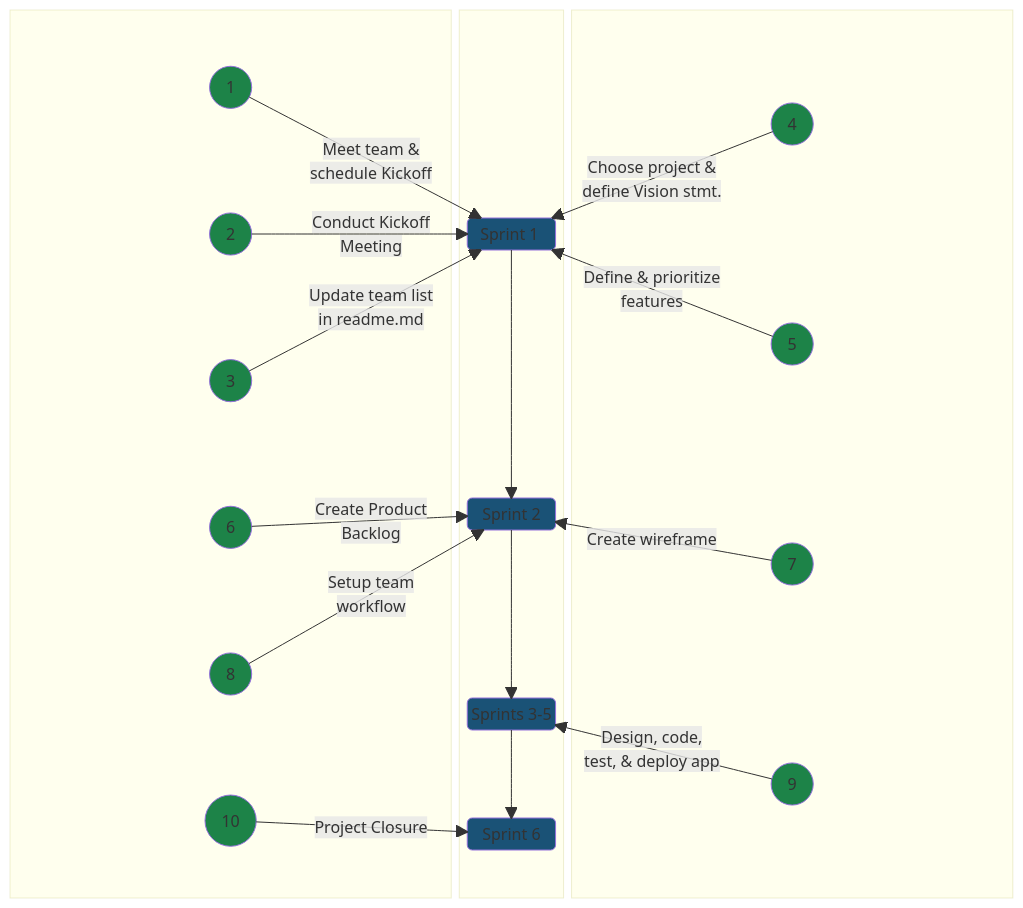
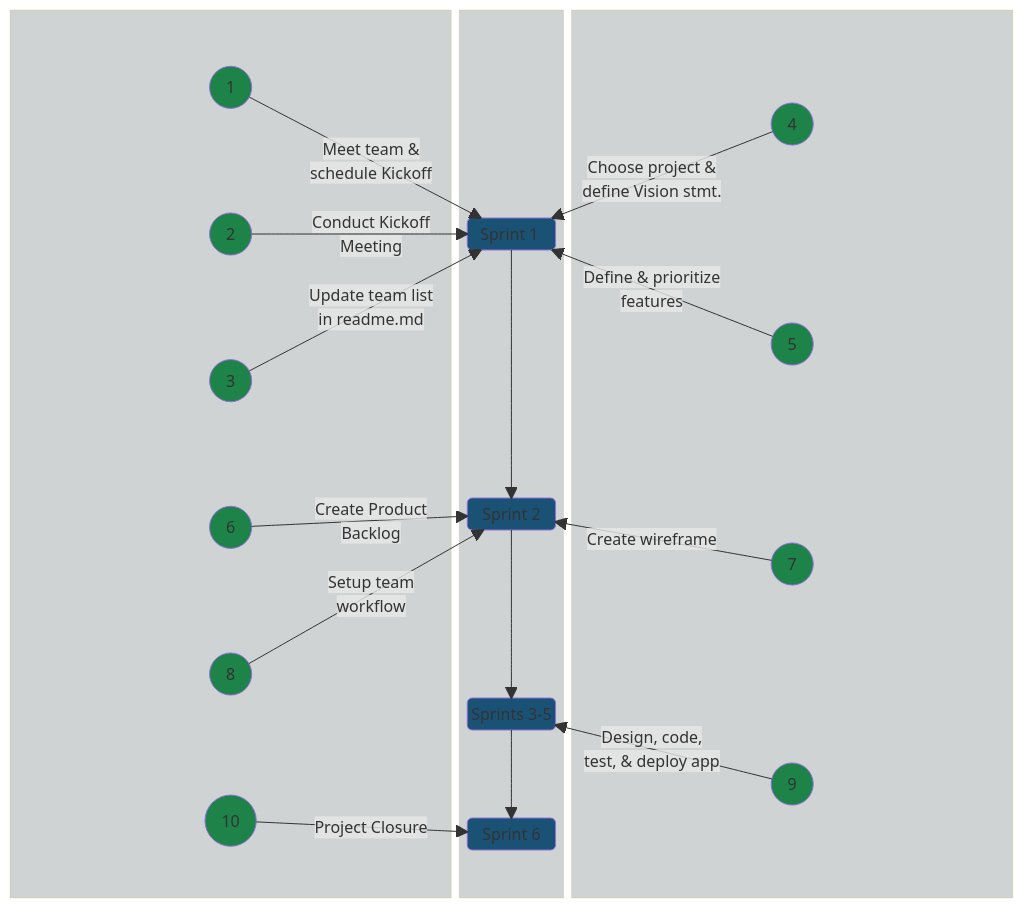
One commit to jdmedlock/mermaid_testing changed the diagram in README.md. Above: the diagram before and after it, drawn with Mermaid.

Commit message:
Feature: Recreate linear sprint diagram

````diff
--- a/README.md
+++ b/README.md
@@ -4,77 +4,80 @@
 ```mermaid
   block-beta
     columns 9
     block:LEFT:4
       columns 1
       A1(("&nbsp;&nbsp; 1 &nbsp;&nbsp;"))
       A2(("&nbsp;&nbsp; 2 &nbsp;&nbsp;"))
       A3(("&nbsp;&nbsp; 3 &nbsp;&nbsp;"))
       A6(("&nbsp;&nbsp; 6 &nbsp;&nbsp;"))
       A8(("&nbsp;&nbsp; 8 &nbsp;&nbsp;"))
       A10(("&nbsp;&nbsp; 10 &nbsp;&nbsp;"))
     end
     
     block:CENTER:1
       columns 1
       space
       space
       space
       space
       space
       SPRINT1("Sprint 1&nbsp;")
       space
       space
       space
       space
       space
       space
       SPRINT2("Sprint 2")
       space
       space
       space
       space
       SPRINT35("Sprints 3-5")
       space
       space
       SPRINT6("Sprint 6")
       space
     end
     
     block:RIGHT:4
       columns 1
       A4(("&nbsp;&nbsp; 4 &nbsp;&nbsp;"))
       A5(("&nbsp;&nbsp; 5 &nbsp;&nbsp;"))
       A7(("&nbsp;&nbsp; 7 &nbsp;&nbsp;"))
       A9(("&nbsp;&nbsp; 9 &nbsp;&nbsp;"))
     end
 
     SPRINT1 --> SPRINT2
     SPRINT2 --> SPRINT35
     SPRINT35 --> SPRINT6
 
     A1 -- "Meet team &</br>schedule Kickoff" --> SPRINT1
     A2 -- "Conduct Kickoff</br>Meeting" --> SPRINT1
     A3 -- "Update team list</br>in readme.md" --> SPRINT1
     A4 -- "Choose project &</br>define Vision stmt." --> SPRINT1
     A5 -- "Define & prioritize</br>features" --> SPRINT1
     A6 -- "Create Product</br>Backlog" --> SPRINT2
     A7 -- "Create wireframe" --> SPRINT2
     A8 -- "Setup team</br>workflow" --> SPRINT2
     A9 -- "Design, code,</br>test, & deploy app" --> SPRINT35
     A10 -- "Project Closure" --> SPRINT6
 
+    style LEFT fill:#d0d3d4
+    style CENTER fill:#d0d3d4
+    style RIGHT fill:#d0d3d4
     style A1 fill:#1d8348
     style A2 fill:#1d8348
     style A3 fill:#1d8348
     style A4 fill:#1d8348
     style A5 fill:#1d8348
     style A6 fill:#1d8348
     style A7 fill:#1d8348
     style A8 fill:#1d8348
     style A9 fill:#1d8348
     style A10 fill:#1d8348
     style SPRINT1 fill:#1a5276
     style SPRINT2 fill:#1a5276
     style SPRINT35 fill:#1a5276
     style SPRINT6 fill:#1a5276
 ```
````
